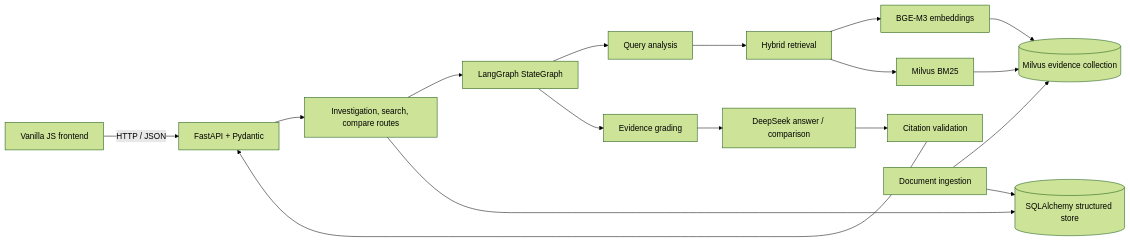
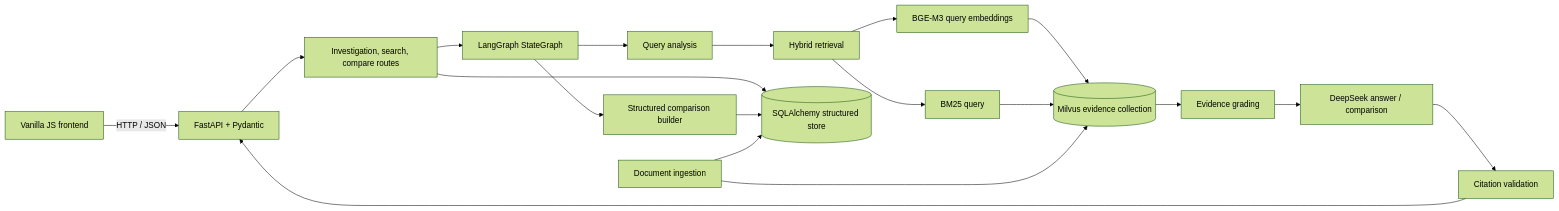
Before and after one commit to 24078302Liz/NasaHackathon_Winner: the first of 2 diagrams in README.md, drawn with Mermaid (forest theme). The commit also changed other lines of this file, not shown here.

````diff
--- a/README.md
+++ b/README.md
@@ -19,19 +19,21 @@
 ```mermaid
 flowchart LR
     Browser[Vanilla JS frontend] -->|HTTP / JSON| API[FastAPI + Pydantic]
     API --> Routes[Investigation, search, compare routes]
     Routes --> Graph[LangGraph StateGraph]
     Graph --> Analyze[Query analysis]
     Analyze --> Hybrid[Hybrid retrieval]
-    Hybrid --> Dense[BGE-M3 embeddings]
-    Hybrid --> Sparse[Milvus BM25]
+    Hybrid --> Dense[BGE-M3 query embeddings]
+    Hybrid --> Sparse[BM25 query]
     Dense --> Milvus[(Milvus evidence collection)]
     Sparse --> Milvus
-    Graph --> Grade[Evidence grading]
+    Milvus --> Grade[Evidence grading]
     Grade --> Generate[DeepSeek answer / comparison]
     Generate --> Validate[Citation validation]
     Validate --> API
     Routes --> SQL[(SQLAlchemy structured store)]
+    Graph --> CompareRows[Structured comparison builder]
+    CompareRows --> SQL
     Ingest[Document ingestion] --> Milvus
     Ingest --> SQL
 ```
````
